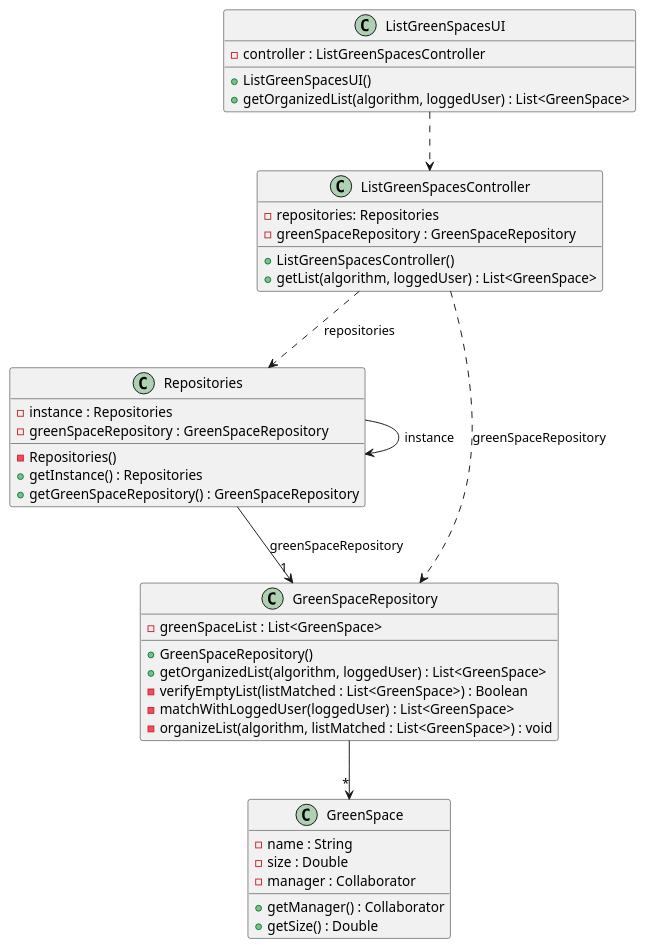
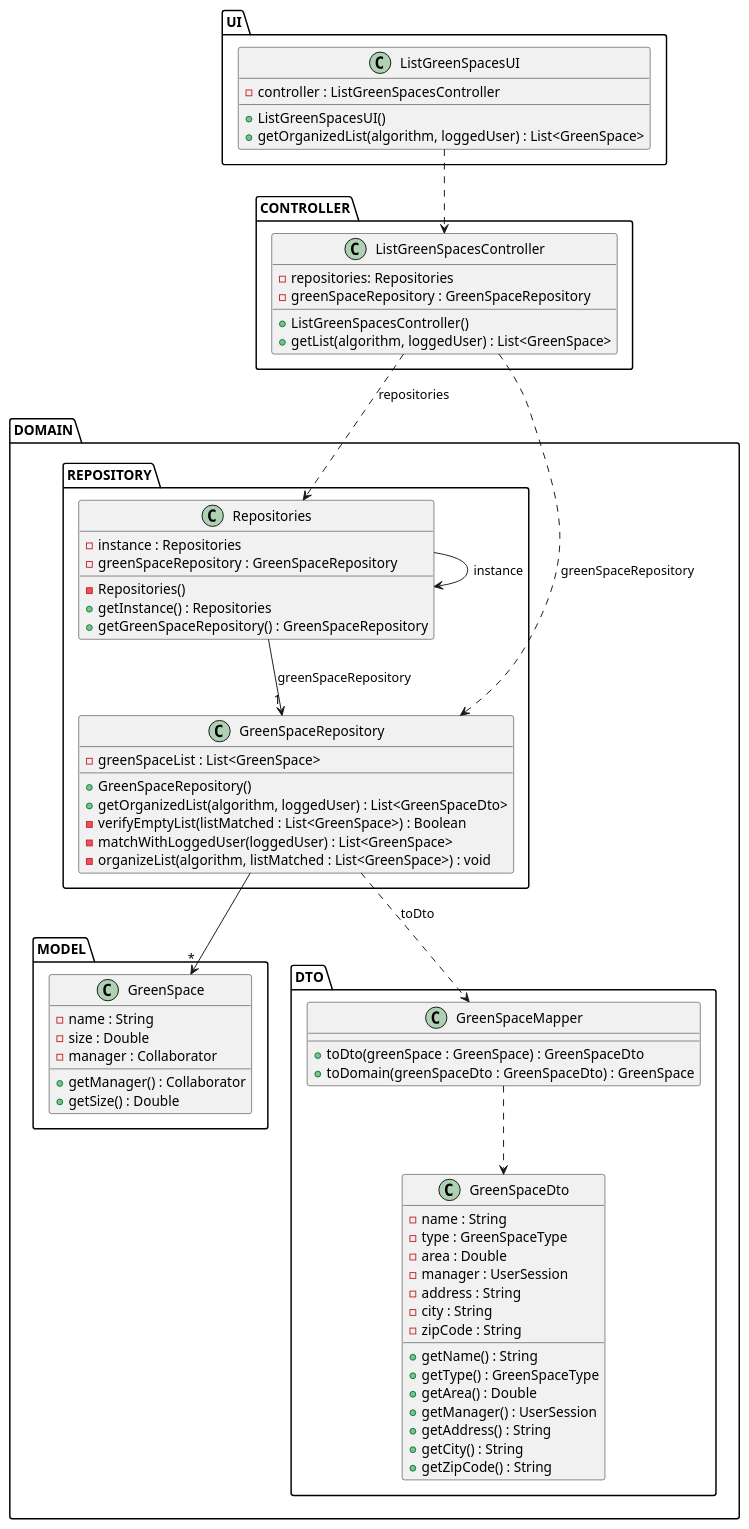
The diagram in docs/sprintC/us027/03.design/puml/us027-class-diagram.puml (ricardomm7/leaflink), drawn with PlantUML before and after one commit. The commit also changed 2 other files, not shown here.

Commit message:
Added the packages to class diagrams. #131 #124

```diff
--- a/docs/sprintC/us027/03.design/puml/us027-class-diagram.puml
+++ b/docs/sprintC/us027/03.design/puml/us027-class-diagram.puml
@@ -1,53 +1,84 @@
 @startuml
 skinparam shadowing false
 skinparam line type polyline
 
 'left to right direction
-
+package UI{
     class ListGreenSpacesUI {
         - controller : ListGreenSpacesController
         + ListGreenSpacesUI()
         + getOrganizedList(algorithm, loggedUser) : List<GreenSpace>
     }
-
+}
+package CONTROLLER {
     class ListGreenSpacesController {
         - repositories: Repositories
         - greenSpaceRepository : GreenSpaceRepository
 
         + ListGreenSpacesController()
         +getList(algorithm, loggedUser) : List<GreenSpace>
     }
-
+}
+package DOMAIN{
+package REPOSITORY{
     class Repositories {
         - instance : Repositories
         - greenSpaceRepository : GreenSpaceRepository
         - Repositories()
         + getInstance() : Repositories
         + getGreenSpaceRepository() : GreenSpaceRepository
     }
 
     class GreenSpaceRepository {
         - greenSpaceList : List<GreenSpace>
         + GreenSpaceRepository()
-        + getOrganizedList(algorithm, loggedUser) : List<GreenSpace>
+        + getOrganizedList(algorithm, loggedUser) : List<GreenSpaceDto>
         - verifyEmptyList(listMatched : List<GreenSpace>) : Boolean
         - matchWithLoggedUser(loggedUser) : List<GreenSpace>
         - organizeList(algorithm, listMatched : List<GreenSpace>) : void
     }
-
+    }
+package MODEL{
     class GreenSpace {
         - name : String
         - size : Double
         - manager : Collaborator
         + getManager() : Collaborator
         + getSize() : Double
     }
+    }
+    package DTO{
+        class GreenSpaceDto{
+            - name : String
+            - type : GreenSpaceType
+            - area : Double
+            - manager : UserSession
+            - address : String
+            - city : String
+            - zipCode : String
+            + getName() : String
+            + getType() : GreenSpaceType
+            + getArea() : Double
+            + getManager() : UserSession
+            + getAddress() : String
+            + getCity() : String
+            + getZipCode() : String
+        }
+
+        class GreenSpaceMapper{
+            +toDto(greenSpace : GreenSpace) : GreenSpaceDto
+            +toDomain(greenSpaceDto : GreenSpaceDto) : GreenSpace
+        }
+        }
+}
 
 ListGreenSpacesUI ..> ListGreenSpacesController
 ListGreenSpacesController ..> Repositories: repositories
 Repositories --> Repositories: instance
 ListGreenSpacesController ..> GreenSpaceRepository: greenSpaceRepository
 Repositories --> "1"GreenSpaceRepository: greenSpaceRepository
 GreenSpaceRepository -->"*" GreenSpace
+GreenSpaceRepository ..> GreenSpaceMapper : toDto
+GreenSpaceMapper ..> GreenSpaceDto
 
 @enduml
```
